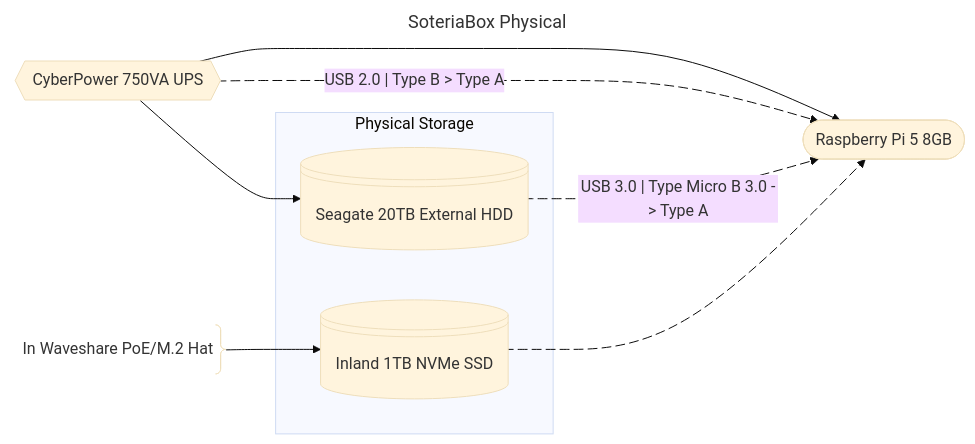
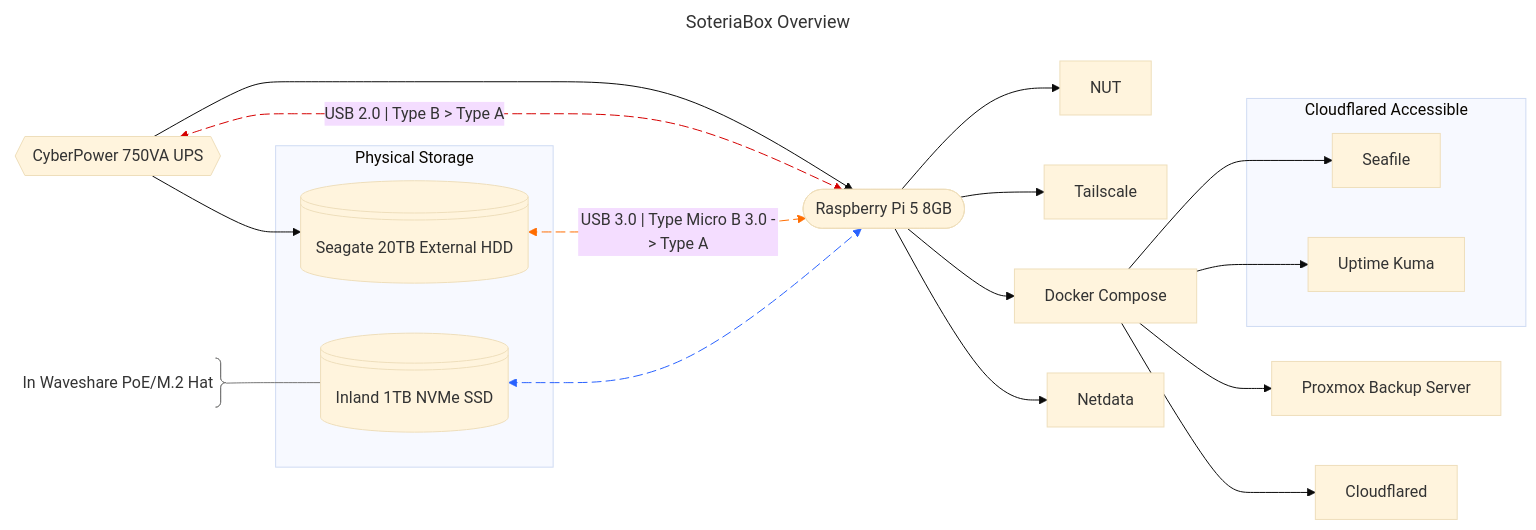
The diagram in README.md (sethdotfm/SoteriaBox), drawn with Mermaid (base theme) before and after one commit.

Commit message:
Update to SoteriaBox Overview

````diff
--- a/README.md
+++ b/README.md
@@ -1,24 +1,35 @@
 ```mermaid
 ---
-title: SoteriaBox Physical
+title: SoteriaBox Overview
 ---
 flowchart LR
  subgraph s1["Physical Storage"]
         n1["Seagate 20TB External HDD"]
         n2["Inland 1TB NVMe SSD"]
   end
+ subgraph s2["Cloudflared Accessible"]
+        n10["Seafile"]
+        n13["Uptime Kuma"]
+  end
     n4["CyberPower 750VA UPS"] --> n3(["Raspberry Pi 5 8GB"]) & n1
-    n4 L_n4_n3_2@-- "USB 2.0 | Type B &gt; Type A" --> n3
-    n6["In Waveshare PoE/M.2 Hat"] --> n2
-    n1 L_n1_n3_0@-- "USB 3.0 | Type Micro B 3.0 -&gt; Type A" --> n3
-    n2 L_n2_n3_0@--> n3
+    n4 L_n4_n3_2@<-- "USB 2.0 | Type B &gt; Type A" --> n3
+    n6["In Waveshare PoE/M.2 Hat"] --- n2
+    n1 L_n1_n3_0@<-- "USB 3.0 | Type Micro B 3.0 -&gt; Type A" --> n3
+    n2 L_n2_n3_0@<--> n3
+    n3 --> n7["NUT"] & n8["Tailscale"] & n9["Docker Compose"] & n14["Netdata"]
+    n9 --> n10 & n11["Proxmox Backup Server"] & n12["Cloudflared"] & n13
 
     n1@{ shape: disk}
     n2@{ shape: disk}
     n4@{ shape: hex}
     n6@{ shape: brace-r}
+    style n6 stroke:#757575
+    linkStyle 2 stroke:#D50000,fill:none
+    linkStyle 3 stroke:#757575,fill:none
+    linkStyle 4 stroke:#FF6D00,fill:none
+    linkStyle 5 stroke:#2962FF,fill:none
 
     L_n4_n3_2@{ animation: slow } 
     L_n1_n3_0@{ animation: slow } 
     L_n2_n3_0@{ animation: fast }
 ```
````
